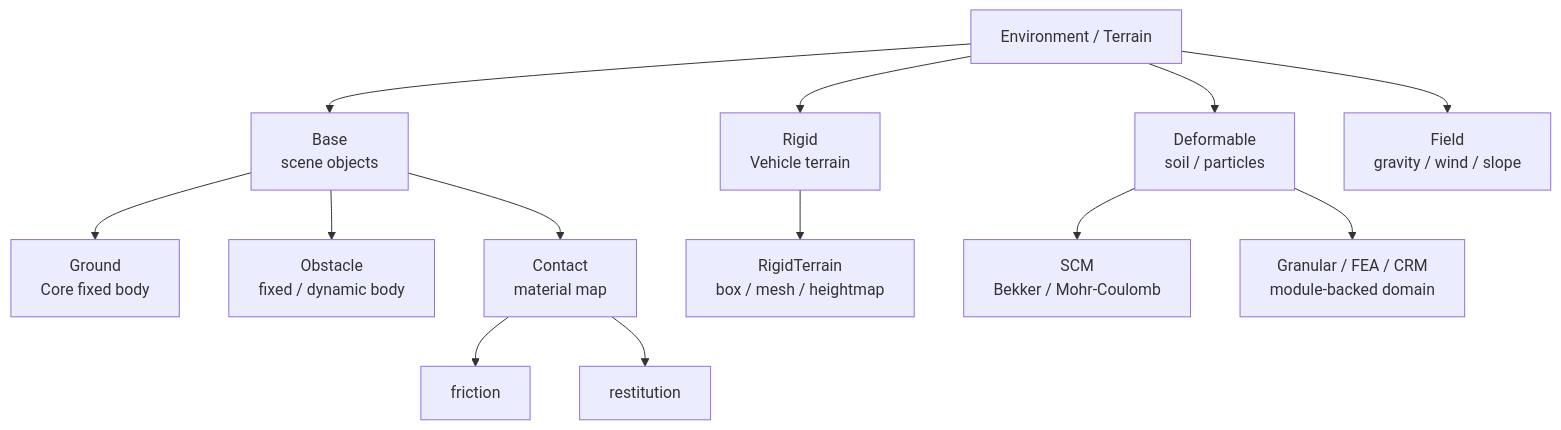
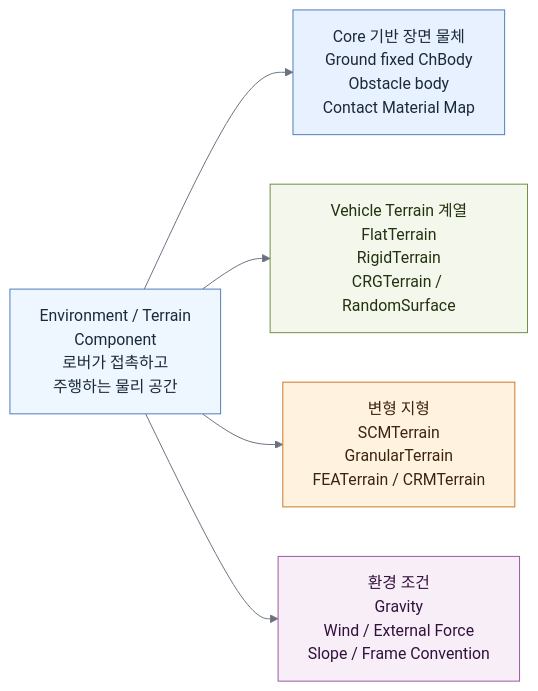
Before and after one commit to Poesy-Lab/Project_Chrono_Practice: the diagram in 3-layer_report/2.2 Component/images/mermaid_rendered/2_2_mermaid_04.mmd, drawn with Mermaid. The commit also changed 143 other files, not shown here.

```diff
--- a/3-layer_report/2.2 Component/images/mermaid_rendered/2_2_mermaid_04.mmd
+++ b/3-layer_report/2.2 Component/images/mermaid_rendered/2_2_mermaid_04.mmd
@@ -1,13 +1,22 @@
-flowchart TB
-    Terrain["Environment / Terrain"] --> Base["Base<br/>scene objects"]
-    Terrain --> Rigid["Rigid<br/>Vehicle terrain"]
-    Terrain --> Deform["Deformable<br/>soil / particles"]
-    Terrain --> Field["Field<br/>gravity / wind / slope"]
-    Base --> Ground["Ground<br/>Core fixed body"]
-    Base --> Obstacle["Obstacle<br/>fixed / dynamic body"]
-    Base --> Material["Contact<br/>material map"]
-    Material --> Friction["friction"]
-    Material --> Restitution["restitution"]
-    Rigid --> Patch["RigidTerrain<br/>box / mesh / heightmap"]
-    Deform --> SCM["SCM<br/>Bekker / Mohr-Coulomb"]
-    Deform --> Granular["Granular / FEA / CRM<br/>module-backed domain"]
+%%{init: {'theme': 'base', 'themeVariables': {'fontFamily': 'Arial, Apple SD Gothic Neo, sans-serif', 'primaryColor': '#eef6ff', 'primaryTextColor': '#1b2a3a', 'primaryBorderColor': '#4f7db8', 'lineColor': '#6a7280', 'tertiaryColor': '#f7f8fa'}}}%%
+flowchart LR
+    classDef core fill:#e8f1ff,stroke:#4f7db8,color:#1b2a3a,stroke-width:1px
+    classDef vehicle fill:#f3f7ec,stroke:#6f8f42,color:#23320f,stroke-width:1px
+    classDef deform fill:#fff3df,stroke:#c9792b,color:#3d2410,stroke-width:1px
+    classDef field fill:#f7eef8,stroke:#9a5aa3,color:#32123a,stroke-width:1px
+
+    Root["Environment / Terrain<br/>Component<br/>로버가 접촉하고<br/>주행하는 물리 공간"]
+    Core["Core 기반 장면 물체<br/>Ground fixed ChBody<br/>Obstacle body<br/>Contact Material Map"]
+    Vehicle["Vehicle Terrain 계열<br/>FlatTerrain<br/>RigidTerrain<br/>CRGTerrain / RandomSurface"]
+    Deform["변형 지형<br/>SCMTerrain<br/>GranularTerrain<br/>FEATerrain / CRMTerrain"]
+    Field["환경 조건<br/>Gravity<br/>Wind / External Force<br/>Slope / Frame Convention"]
+
+    Root --> Core
+    Root --> Vehicle
+    Root --> Deform
+    Root --> Field
+
+    class Core core
+    class Vehicle vehicle
+    class Deform deform
+    class Field field
```
